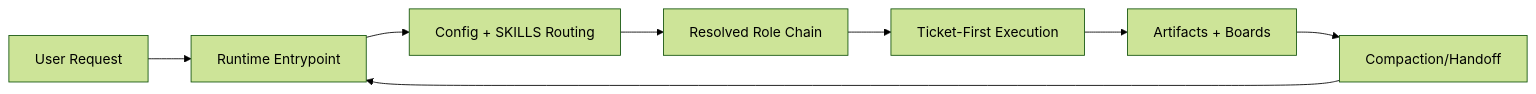
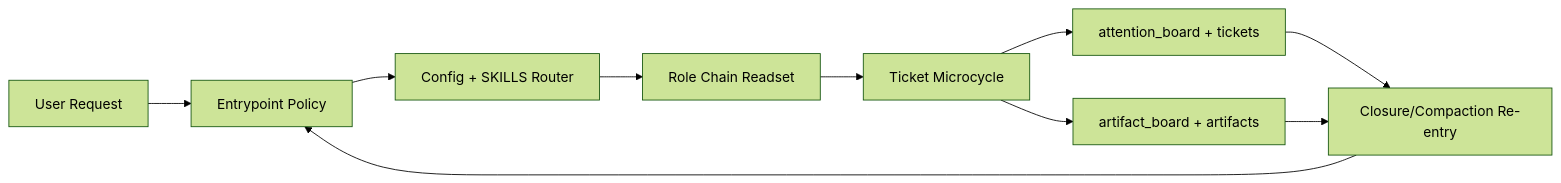
Before and after one commit to Synaptic724/context_compass: the diagram in src/codex/context_compass/system_docs/src_architecture.md, drawn with Mermaid (forest theme). The commit also changed other lines of this file and 36 other files, not shown here.

````diff
--- a/src/codex/context_compass/system_docs/src_architecture.md
+++ b/src/codex/context_compass/system_docs/src_architecture.md
@@ -92,10 +171,12 @@
 ```mermaid
 flowchart LR
-  U[User Request] --> E[Runtime Entrypoint]
-  E --> C[Config + SKILLS Routing]
-  C --> R[Resolved Role Chain]
-  R --> T[Ticket-First Execution]
-  T --> A[Artifacts + Boards]
-  A --> X[Compaction/Handoff]
-  X --> E
+  U[User Request] --> E[Entrypoint Policy]
+  E --> R[Config + SKILLS Router]
+  R --> C[Role Chain Readset]
+  C --> T[Ticket Microcycle]
+  T --> B[attention_board + tickets]
+  T --> A[artifact_board + artifacts]
+  B --> H[Closure/Compaction Re-entry]
+  A --> H
+  H --> E
 ```
````
